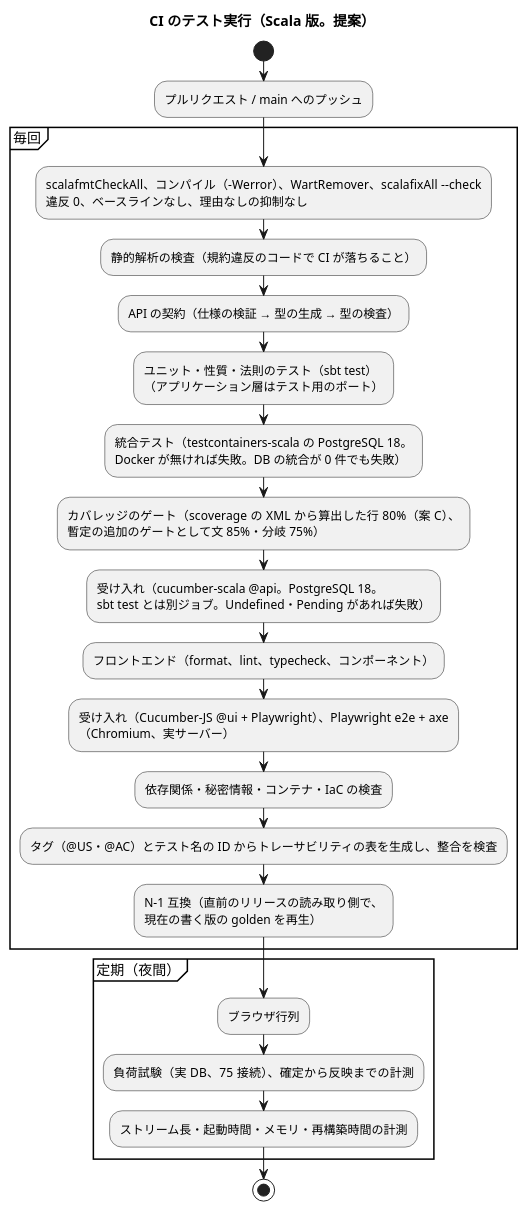
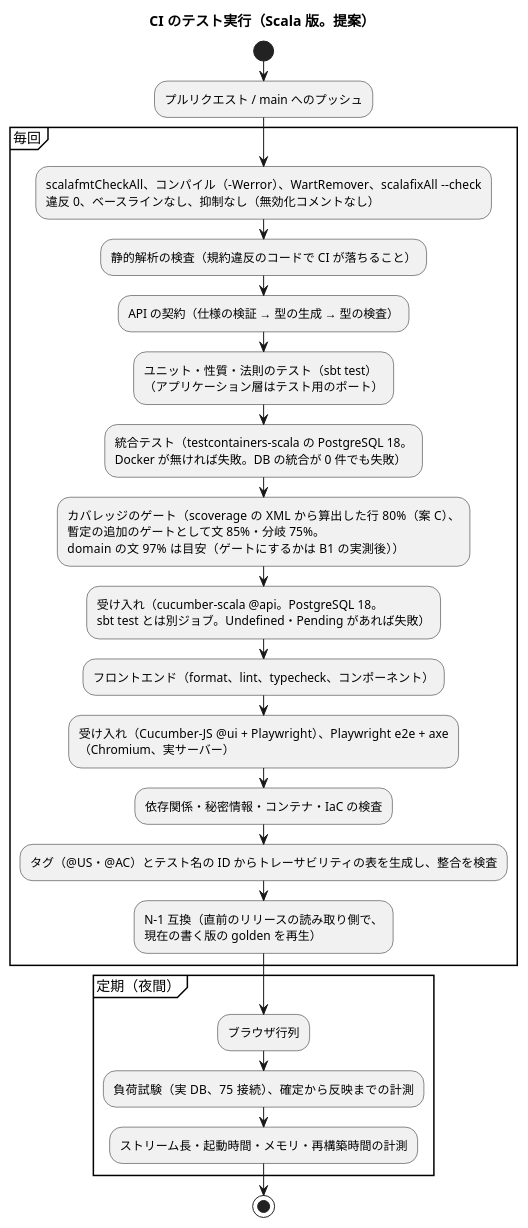
One commit to k2works/case-study-beer-game-simulation changed the second of 2 diagrams in docs/design/beer-game-scala/test-strategy.md. Above: the diagram before and after it, drawn with PlantUML. The commit also changed other lines of this file and 15 other files, not shown here.

````diff
--- a/docs/design/beer-game-scala/test-strategy.md
+++ b/docs/design/beer-game-scala/test-strategy.md
@@ -379,28 +417,28 @@
 ```plantuml
 @startuml
 title CI のテスト実行（Scala 版。提案）
 
 start
 :プルリクエスト / main へのプッシュ;
 partition "毎回" {
-  :scalafmtCheckAll、コンパイル（-Werror）、WartRemover、scalafixAll --check\n違反 0、ベースラインなし、理由なしの抑制なし;
+  :scalafmtCheckAll、コンパイル（-Werror）、WartRemover、scalafixAll --check\n違反 0、ベースラインなし、抑制なし（無効化コメントなし）;
   :静的解析の検査（規約違反のコードで CI が落ちること）;
   :API の契約（仕様の検証 → 型の生成 → 型の検査）;
   :ユニット・性質・法則のテスト（sbt test）\n（アプリケーション層はテスト用のポート）;
   :統合テスト（testcontainers-scala の PostgreSQL 18。\nDocker が無ければ失敗。DB の統合が 0 件でも失敗）;
-  :カバレッジのゲート（scoverage の XML から算出した行 80%（案 C）、\n暫定の追加のゲートとして文 85%・分岐 75%）;
+  :カバレッジのゲート（scoverage の XML から算出した行 80%（案 C）、\n暫定の追加のゲートとして文 85%・分岐 75%。\ndomain の文 97% は目安（ゲートにするかは B1 の実測後））;
   :受け入れ（cucumber-scala @api。PostgreSQL 18。\nsbt test とは別ジョブ。Undefined・Pending があれば失敗）;
   :フロントエンド（format、lint、typecheck、コンポーネント）;
   :受け入れ（Cucumber-JS @ui + Playwright）、Playwright e2e + axe\n（Chromium、実サーバー）;
   :依存関係・秘密情報・コンテナ・IaC の検査;
   :タグ（@US・@AC）とテスト名の ID からトレーサビリティの表を生成し、整合を検査;
   :N-1 互換（直前のリリースの読み取り側で、\n現在の書く版の golden を再生）;
 }
 partition "定期（夜間）" {
   :ブラウザ行列;
   :負荷試験（実 DB、75 接続）、確定から反映までの計測;
   :ストリーム長・起動時間・メモリ・再構築時間の計測;
 }
 stop
 @enduml
 ```
````
